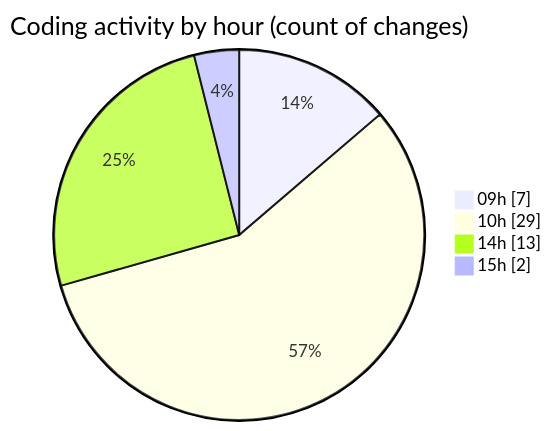
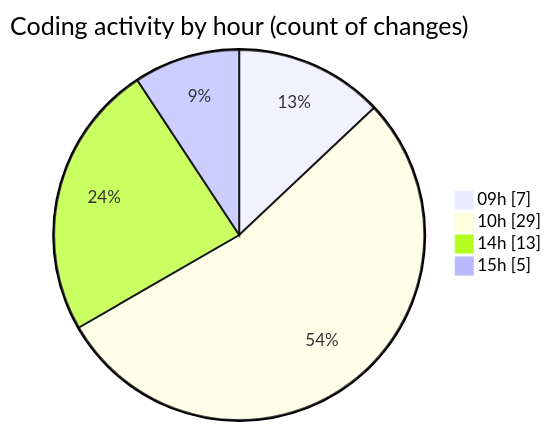
One commit to momahboobian/code-tracking changed the second of 2 diagrams in 2025-06-16/cda/README.md. Above: the diagram before and after it, drawn with Mermaid. The commit also changed other lines of this file and 1 other file, not shown here.

````diff
--- a/2025-06-16/cda/README.md
+++ b/2025-06-16/cda/README.md
@@ -43,8 +44,8 @@
 ```mermaid
 pie showData
 title Coding activity by hour (count of changes)
 "09h" : 7
 "10h" : 29
 "14h" : 13
-"15h" : 2
+"15h" : 5
 ```
````
